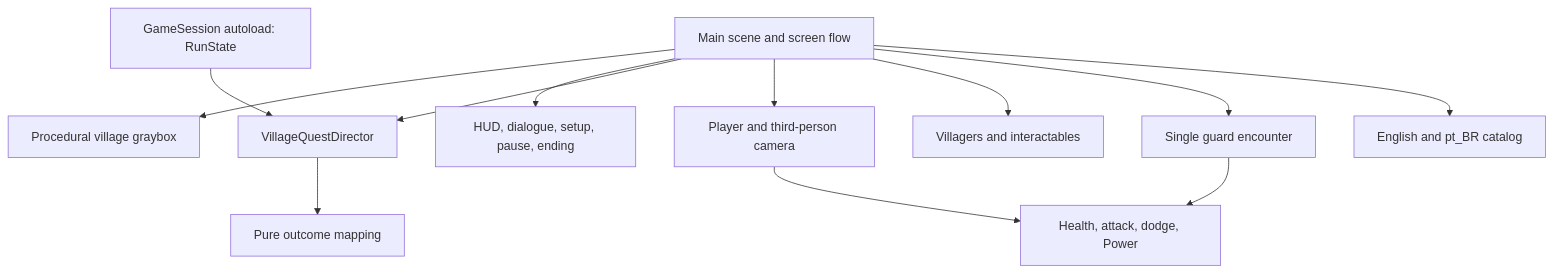
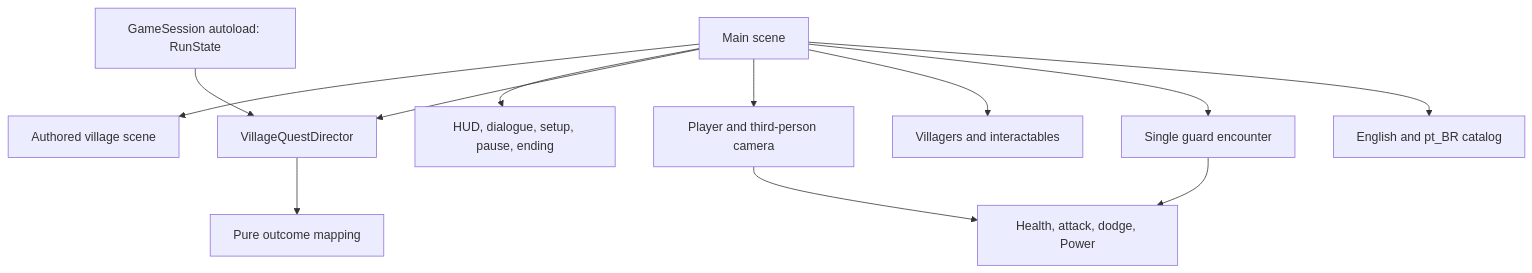
Before and after one commit to viniciuspassos/rpg: the diagram in ARCHITECTURE.md, drawn with Mermaid. The commit also changed other lines of this file and 3 other files, not shown here.

````diff
--- a/ARCHITECTURE.md
+++ b/ARCHITECTURE.md
@@ -21,14 +21,14 @@
 ```mermaid
 flowchart TD
-    Main[Main scene and screen flow] --> World[Procedural village graybox]
+    Main[Main scene] --> World[Authored village scene]
     Main --> HUD[HUD, dialogue, setup, pause, ending]
     Main --> Director[VillageQuestDirector]
     Session[GameSession autoload: RunState] --> Director
     Main --> Player[Player and third-person camera]
     Main --> Villagers[Villagers and interactables]
     Main --> Guard[Single guard encounter]
     Player --> Combat[Health, attack, dodge, Power]
     Guard --> Combat
     Director --> Rules[Pure outcome mapping]
     Main --> CSV[English and pt_BR catalog]
 ```
````
